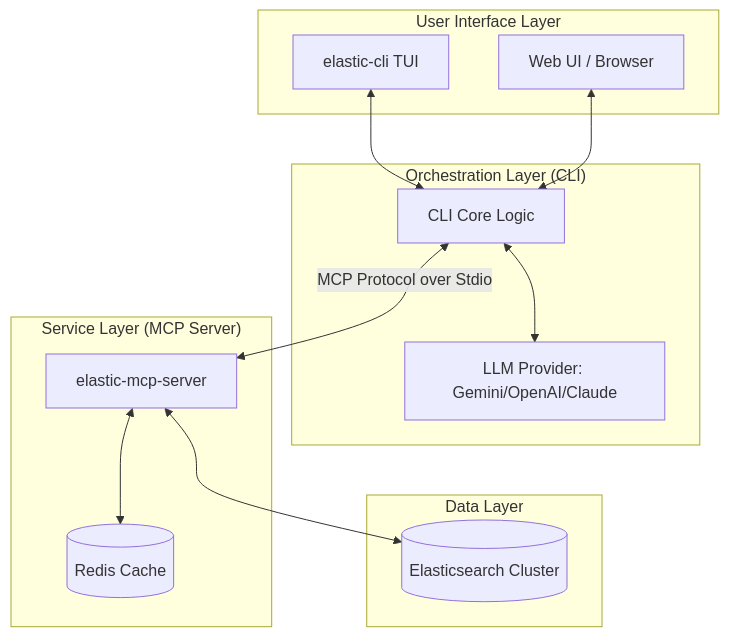
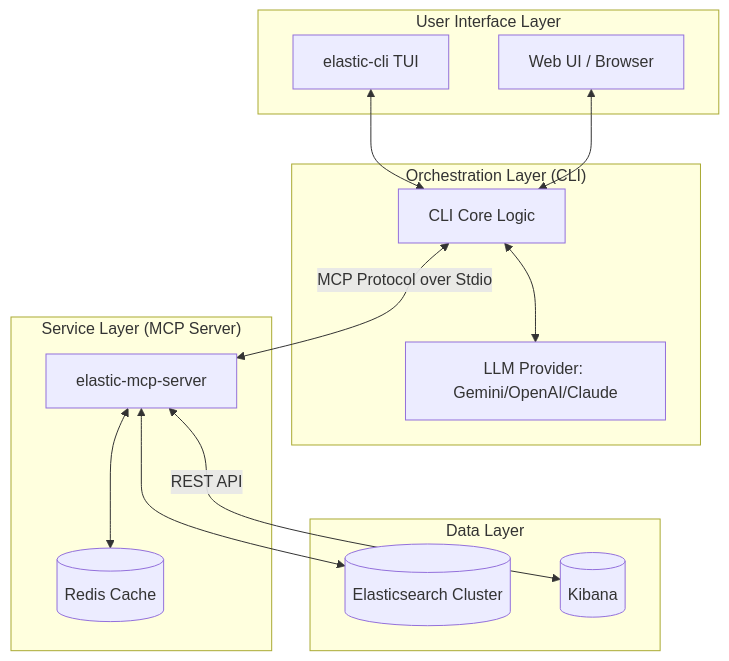
One commit to mdfranz/elastic-security-mcp changed the diagram in ARCHITECTURE.md. Above: the diagram before and after it, drawn with Mermaid. The commit also changed other lines of this file and 1 other file, not shown here.

````diff
--- a/ARCHITECTURE.md
+++ b/ARCHITECTURE.md
@@ -9,28 +9,30 @@
 ```mermaid
 graph TD
     subgraph "User Interface Layer"
         CLI[elastic-cli TUI]
         WebUI[Web UI / Browser]
     end
 
     subgraph "Orchestration Layer (CLI)"
         LLM[LLM Provider: Gemini/OpenAI/Claude]
         CLI_Core[CLI Core Logic]
     end
 
     subgraph "Service Layer (MCP Server)"
         MCP_Server[elastic-mcp-server]
         Redis[(Redis Cache)]
     end
 
     subgraph "Data Layer"
         ES[(Elasticsearch Cluster)]
+        KB[(Kibana)]
     end
 
     CLI <--> CLI_Core
     WebUI <--> CLI_Core
     CLI_Core <--> LLM
     CLI_Core <--> |MCP Protocol over Stdio| MCP_Server
     MCP_Server <--> Redis
     MCP_Server <--> ES
+    MCP_Server <--> |REST API| KB
 ```
````
